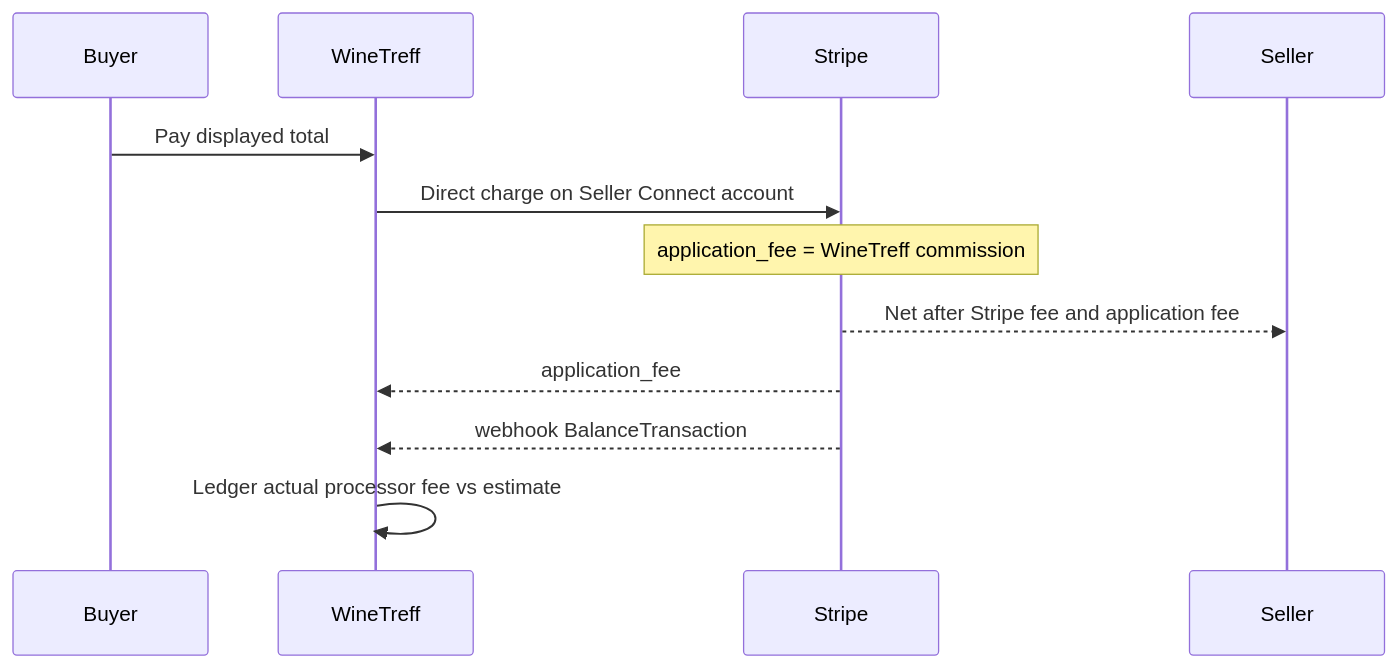
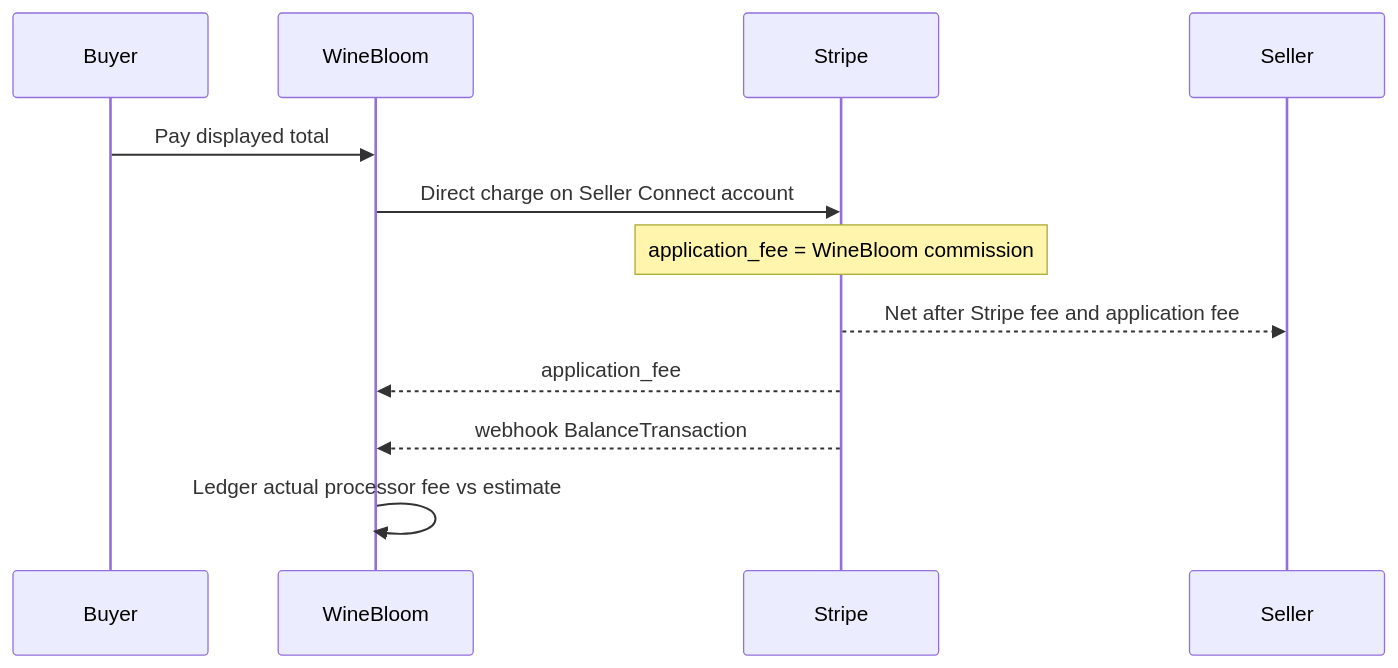
Before and after one commit to Pat12374/Feelacy: the second of 2 diagrams in docs/PLAN.md, drawn with Mermaid. The commit also changed other lines of this file and 161 other files, not shown here.

Commit message:
Save WineBloom marketplace updates

````diff
--- a/docs/PLAN.md
+++ b/docs/PLAN.md
@@ -143,15 +143,15 @@
 ```mermaid
 sequenceDiagram
   participant Buyer
-  participant WineTreff
+  participant WineBloom
   participant Stripe
   participant Seller
 
-  Buyer->>WineTreff: Pay displayed total
-  WineTreff->>Stripe: Direct charge on Seller Connect account
-  Note over Stripe: application_fee = WineTreff commission
+  Buyer->>WineBloom: Pay displayed total
+  WineBloom->>Stripe: Direct charge on Seller Connect account
+  Note over Stripe: application_fee = WineBloom commission
   Stripe-->>Seller: Net after Stripe fee and application fee
-  Stripe-->>WineTreff: application_fee
-  Stripe-->>WineTreff: webhook BalanceTransaction
-  WineTreff->>WineTreff: Ledger actual processor fee vs estimate
+  Stripe-->>WineBloom: application_fee
+  Stripe-->>WineBloom: webhook BalanceTransaction
+  WineBloom->>WineBloom: Ledger actual processor fee vs estimate
 ```
````
